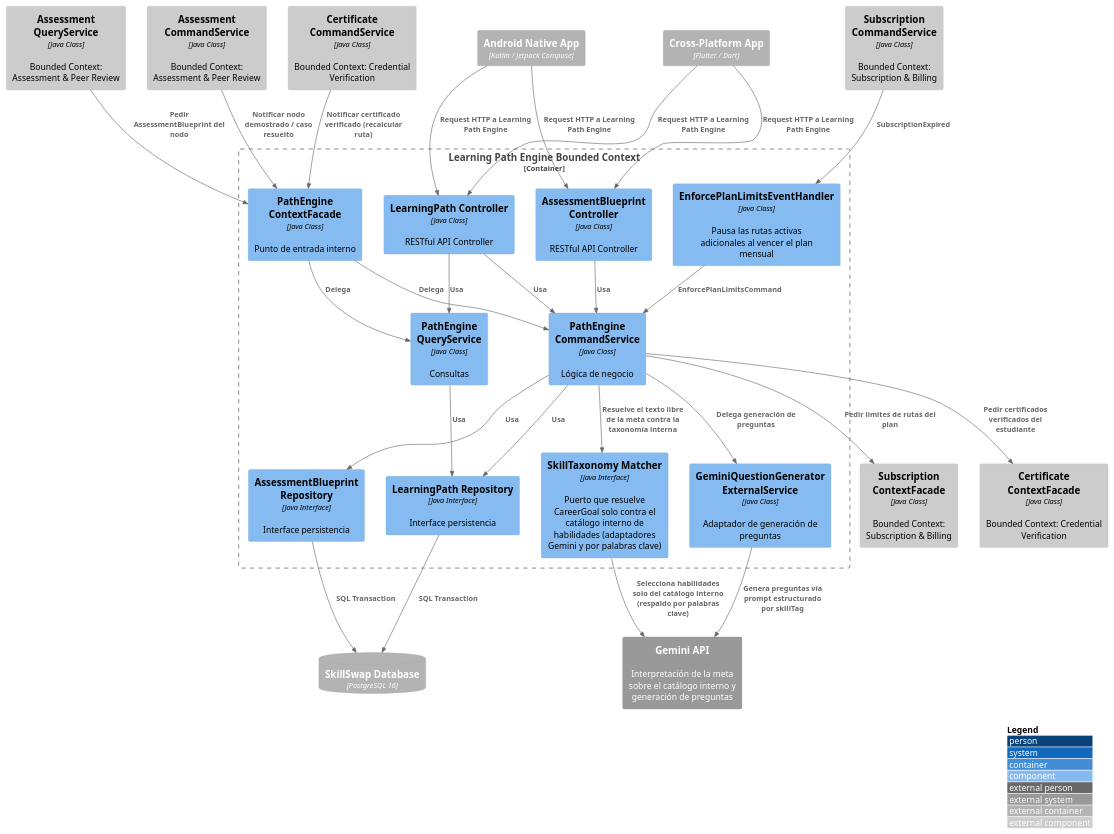
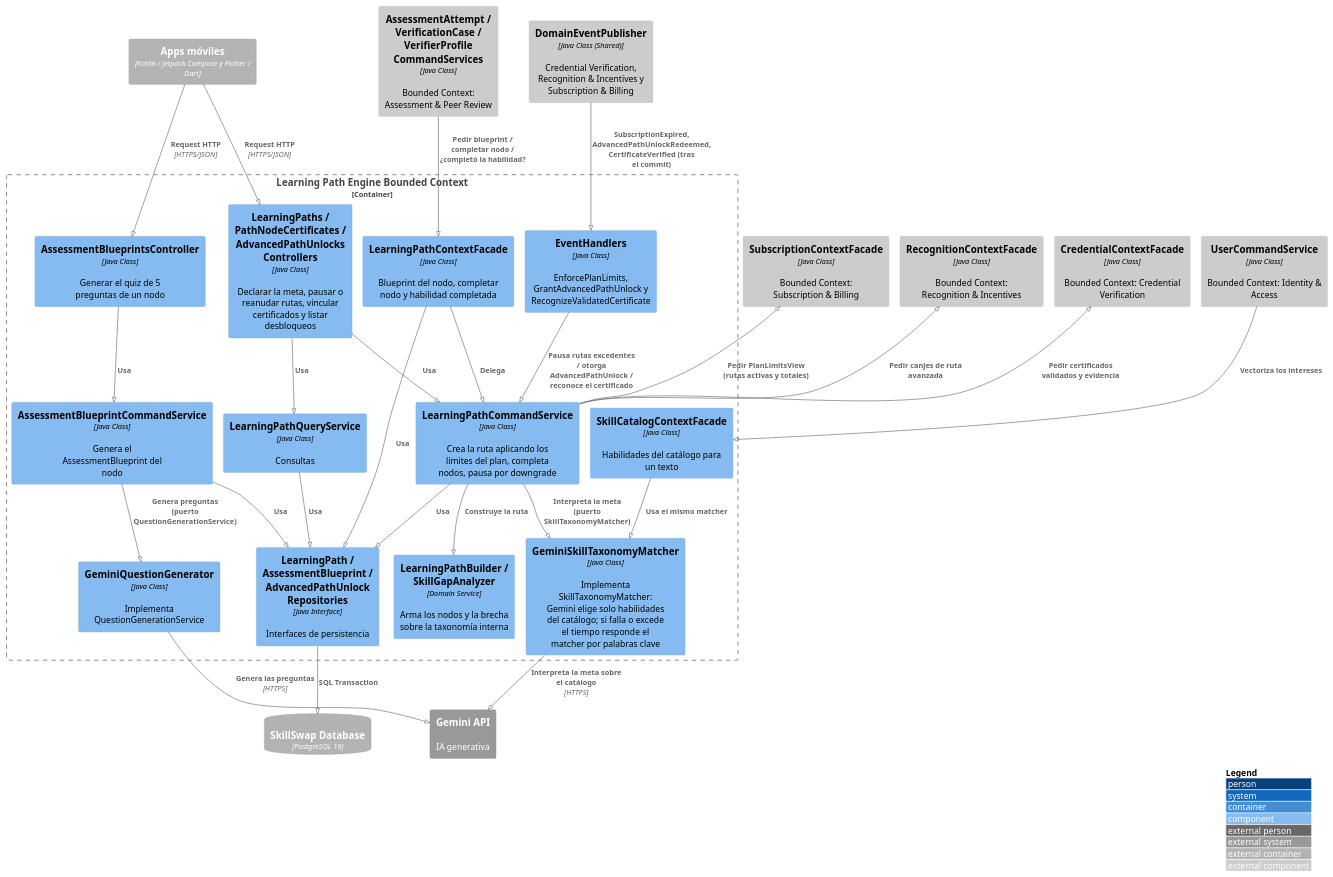
The diagram in DB&C4/Component Diagram — Learning & Assessment.puml (Aplicaciones-Dispositivos-Moviles/SkillSwap-ProjectReport), drawn with PlantUML before and after one commit. The commit also changed 25 other files, not shown here.

First line of the commit message:
docs(images): regenerate C4, context map and component diagrams

```diff
--- a/DB&C4/Component Diagram — Learning & Assessment.puml
+++ b/DB&C4/Component Diagram — Learning & Assessment.puml
@@ -1,64 +1,63 @@
 @startuml LearningPathEngineComponent
+!pragma layout smetana
 !include https://raw.githubusercontent.com/plantuml-stdlib/C4-PlantUML/master/C4_Component.puml
 
 LAYOUT_WITH_LEGEND()
 
-Container_Ext(androidApp, "Android Native App", "Kotlin / Jetpack Compose")
-Container_Ext(flutterApp, "Cross-Platform App", "Flutter / Dart")
+Container_Ext(mobileApps, "Apps móviles", "Kotlin / Jetpack Compose y Flutter / Dart")
 ContainerDb_Ext(mainDB, "SkillSwap Database", "PostgreSQL 16")
-System_Ext(geminiApi, "Gemini API", "Interpretación de la meta sobre el catálogo interno y generación de preguntas")
+System_Ext(geminiApi, "Gemini API", "IA generativa")
 
 Container_Boundary(pathEngineBC, "Learning Path Engine Bounded Context") {
-    Component(learningPathController, "LearningPath Controller", "Java Class", "RESTful API Controller")
-    Component(assessmentBlueprintController, "AssessmentBlueprint Controller", "Java Class", "RESTful API Controller")
-    Component(pathEngineCommandService, "PathEngine CommandService", "Java Class", "Lógica de negocio")
-    Component(pathEngineQueryService, "PathEngine QueryService", "Java Class", "Consultas")
-    Component(skillTaxonomyMatcher, "SkillTaxonomy Matcher", "Java Interface", "Puerto que resuelve CareerGoal solo contra el catálogo interno de habilidades (adaptadores Gemini y por palabras clave)")
-    Component(learningPathRepository, "LearningPath Repository", "Java Interface", "Interface persistencia")
-    Component(assessmentBlueprintRepository, "AssessmentBlueprint Repository", "Java Interface", "Interface persistencia")
-    Component(llmGeneratorExternal, "GeminiQuestionGenerator ExternalService", "Java Class", "Adaptador de generación de preguntas")
-    Component(enforcePlanLimitsHandler, "EnforcePlanLimitsEventHandler", "Java Class", "Pausa las rutas activas adicionales al vencer el plan mensual")
-    Component(pathEngineContextFacade, "PathEngine ContextFacade", "Java Class", "Punto de entrada interno")
+    Component(pathControllers, "LearningPaths / PathNodeCertificates / AdvancedPathUnlocks Controllers", "Java Class", "Declarar la meta, pausar o reanudar rutas, vincular certificados y listar desbloqueos")
+    Component(blueprintController, "AssessmentBlueprintsController", "Java Class", "Generar el quiz de 5 preguntas de un nodo")
+    Component(learningPathCommandService, "LearningPathCommandService", "Java Class", "Crea la ruta aplicando los límites del plan, completa nodos, pausa por downgrade")
+    Component(learningPathQueryService, "LearningPathQueryService", "Java Class", "Consultas")
+    Component(blueprintCommandService, "AssessmentBlueprintCommandService", "Java Class", "Genera el AssessmentBlueprint del nodo")
+    Component(pathBuilder, "LearningPathBuilder / SkillGapAnalyzer", "Domain Service", "Arma los nodos y la brecha sobre la taxonomía interna")
+    Component(geminiMatcher, "GeminiSkillTaxonomyMatcher", "Java Class", "Implementa SkillTaxonomyMatcher: Gemini elige solo habilidades del catálogo; si falla o excede el tiempo responde el matcher por palabras clave")
+    Component(geminiQuestionGenerator, "GeminiQuestionGenerator", "Java Class", "Implementa QuestionGenerationService")
+    Component(eventHandlers, "EventHandlers", "Java Class", "EnforcePlanLimits, GrantAdvancedPathUnlock y RecognizeValidatedCertificate")
+    Component(repositories, "LearningPath / AssessmentBlueprint / AdvancedPathUnlock Repositories", "Java Interface", "Interfaces de persistencia")
+    Component(learningPathFacade, "LearningPathContextFacade", "Java Class", "Blueprint del nodo, completar nodo y habilidad completada")
+    Component(skillCatalogFacade, "SkillCatalogContextFacade", "Java Class", "Habilidades del catálogo para un texto")
 }
 
-Component_Ext(credentialContextFacade, "Certificate ContextFacade", "Java Class", "Bounded Context: Credential Verification")
-Component_Ext(credentialCommandService, "Certificate CommandService", "Java Class", "Bounded Context: Credential Verification")
+Component_Ext(credentialFacade, "CredentialContextFacade", "Java Class", "Bounded Context: Credential Verification")
+Component_Ext(subscriptionFacade, "SubscriptionContextFacade", "Java Class", "Bounded Context: Subscription & Billing")
+Component_Ext(recognitionFacade, "RecognitionContextFacade", "Java Class", "Bounded Context: Recognition & Incentives")
+Component_Ext(eventPublishers, "DomainEventPublisher", "Java Class (Shared)", "Credential Verification, Recognition & Incentives y Subscription & Billing")
+Component_Ext(assessmentServices, "AssessmentAttempt / VerificationCase / VerifierProfile CommandServices", "Java Class", "Bounded Context: Assessment & Peer Review")
+Component_Ext(userCommandService, "UserCommandService", "Java Class", "Bounded Context: Identity & Access")
 
-Component_Ext(assessmentQueryService, "Assessment QueryService", "Java Class", "Bounded Context: Assessment & Peer Review")
-Component_Ext(assessmentCommandService, "Assessment CommandService", "Java Class", "Bounded Context: Assessment & Peer Review")
-Component_Ext(subscriptionContextFacade, "Subscription ContextFacade", "Java Class", "Bounded Context: Subscription & Billing")
-Component_Ext(subscriptionCommandService, "Subscription CommandService", "Java Class", "Bounded Context: Subscription & Billing")
+Rel(mobileApps, pathControllers, "Request HTTP", "HTTPS/JSON")
+Rel(mobileApps, blueprintController, "Request HTTP", "HTTPS/JSON")
+Rel(pathControllers, learningPathCommandService, "Usa")
+Rel(pathControllers, learningPathQueryService, "Usa")
+Rel(blueprintController, blueprintCommandService, "Usa")
 
-Rel(androidApp, learningPathController, "Request HTTP a Learning Path Engine")
-Rel(flutterApp, learningPathController, "Request HTTP a Learning Path Engine")
-Rel(androidApp, assessmentBlueprintController, "Request HTTP a Learning Path Engine")
-Rel(flutterApp, assessmentBlueprintController, "Request HTTP a Learning Path Engine")
+Rel(learningPathCommandService, geminiMatcher, "Interpreta la meta (puerto SkillTaxonomyMatcher)")
+Rel(geminiMatcher, geminiApi, "Interpreta la meta sobre el catálogo", "HTTPS")
+Rel(learningPathCommandService, pathBuilder, "Construye la ruta")
+Rel(blueprintCommandService, geminiQuestionGenerator, "Genera preguntas (puerto QuestionGenerationService)")
+Rel(geminiQuestionGenerator, geminiApi, "Genera las preguntas", "HTTPS")
 
-Rel(learningPathController, pathEngineCommandService, "Usa")
-Rel(learningPathController, pathEngineQueryService, "Usa")
-Rel(assessmentBlueprintController, pathEngineCommandService, "Usa")
+Rel(learningPathCommandService, repositories, "Usa")
+Rel(learningPathQueryService, repositories, "Usa")
+Rel(blueprintCommandService, repositories, "Usa")
+Rel(repositories, mainDB, "SQL Transaction")
 
-Rel(pathEngineCommandService, learningPathRepository, "Usa")
-Rel(pathEngineCommandService, assessmentBlueprintRepository, "Usa")
-Rel(pathEngineQueryService, learningPathRepository, "Usa")
-Rel(learningPathRepository, mainDB, "SQL Transaction")
-Rel(assessmentBlueprintRepository, mainDB, "SQL Transaction")
+Rel_U(learningPathCommandService, subscriptionFacade, "Pedir PlanLimitsView (rutas activas y totales)")
+Rel_U(learningPathCommandService, credentialFacade, "Pedir certificados validados y evidencia")
+Rel_U(learningPathCommandService, recognitionFacade, "Pedir canjes de ruta avanzada")
 
-Rel(pathEngineCommandService, skillTaxonomyMatcher, "Resuelve el texto libre de la meta contra la taxonomía interna")
-Rel(pathEngineCommandService, llmGeneratorExternal, "Delega generación de preguntas")
-Rel(llmGeneratorExternal, geminiApi, "Genera preguntas vía prompt estructurado por skillTag")
-Rel(skillTaxonomyMatcher, geminiApi, "Selecciona habilidades solo del catálogo interno (respaldo por palabras clave)")
-Rel(pathEngineCommandService, subscriptionContextFacade, "Pedir límites de rutas del plan")
-Rel(subscriptionCommandService, enforcePlanLimitsHandler, "SubscriptionExpired")
-Rel(enforcePlanLimitsHandler, pathEngineCommandService, "EnforcePlanLimitsCommand")
+Rel(eventPublishers, eventHandlers, "SubscriptionExpired, AdvancedPathUnlockRedeemed, CertificateVerified (tras el commit)")
+Rel(eventHandlers, learningPathCommandService, "Pausa rutas excedentes / otorga AdvancedPathUnlock / reconoce el certificado")
 
-Rel(pathEngineCommandService, credentialContextFacade, "Pedir certificados verificados del estudiante")
-
-Rel(pathEngineContextFacade, pathEngineCommandService, "Delega")
-Rel(pathEngineContextFacade, pathEngineQueryService, "Delega")
-
-Rel(credentialCommandService, pathEngineContextFacade, "Notificar certificado verificado (recalcular ruta)")
-Rel(assessmentQueryService, pathEngineContextFacade, "Pedir AssessmentBlueprint del nodo")
-Rel(assessmentCommandService, pathEngineContextFacade, "Notificar nodo demostrado / caso resuelto")
+Rel(learningPathFacade, learningPathCommandService, "Delega")
+Rel(learningPathFacade, repositories, "Usa")
+Rel(skillCatalogFacade, geminiMatcher, "Usa el mismo matcher")
+Rel(assessmentServices, learningPathFacade, "Pedir blueprint / completar nodo / ¿completó la habilidad?")
+Rel(userCommandService, skillCatalogFacade, "Vectoriza los intereses")
 
 @enduml
```
